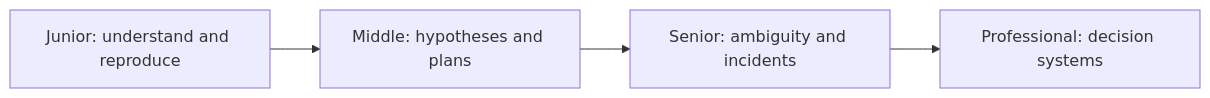
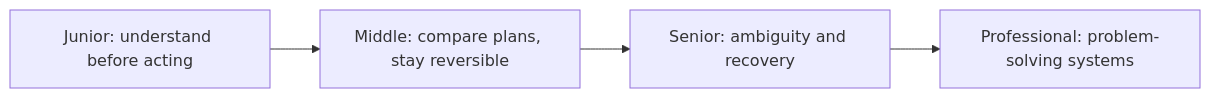
The first of 2 diagrams in craftsmanship/engineering-thinking/02-problem-solving/README.md (flynn3103/engineer-knowledge), drawn with Mermaid before and after one commit. The commit also changed other lines of this file and 41 other files, not shown here.

````diff
--- a/craftsmanship/engineering-thinking/02-problem-solving/README.md
+++ b/craftsmanship/engineering-thinking/02-problem-solving/README.md
@@ -5,6 +5,6 @@
 ```mermaid
 flowchart LR
-    J[Junior: understand and reproduce] --> M[Middle: hypotheses and plans]
-    M --> S[Senior: ambiguity and incidents]
-    S --> P[Professional: decision systems]
+    J[Junior: understand before acting] --> M[Middle: compare plans, stay reversible]
+    M --> S[Senior: ambiguity and recovery]
+    S --> P[Professional: problem-solving systems]
 ```
````
